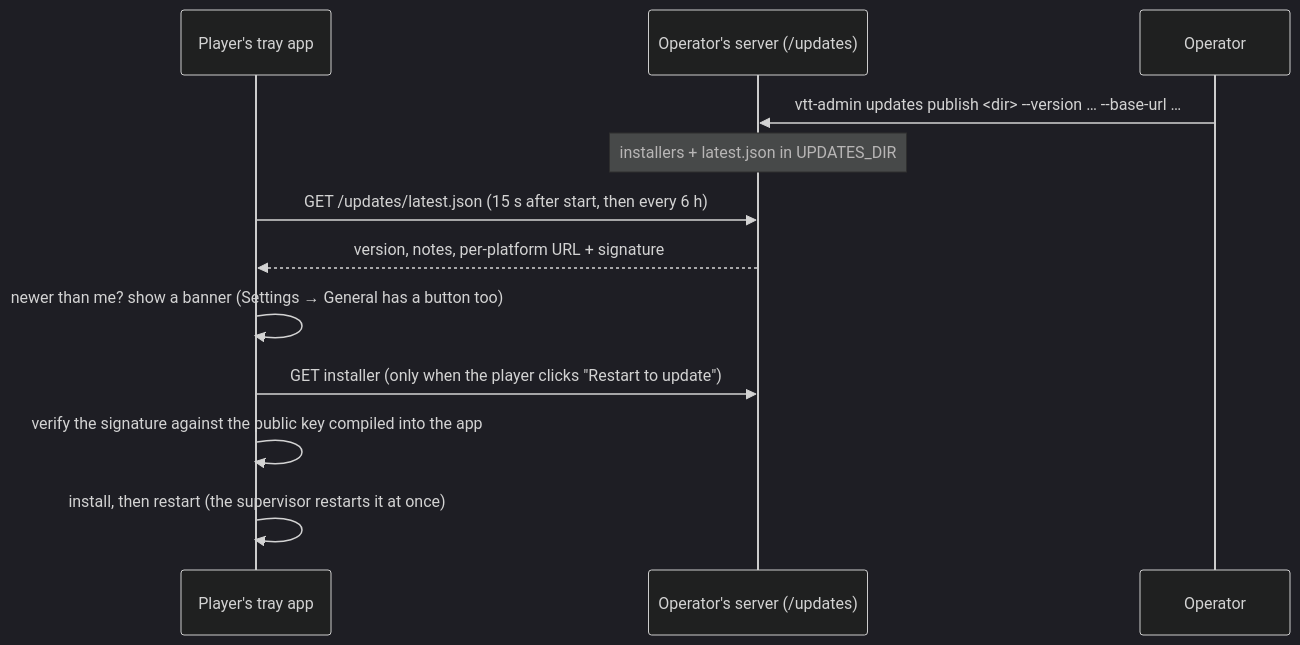
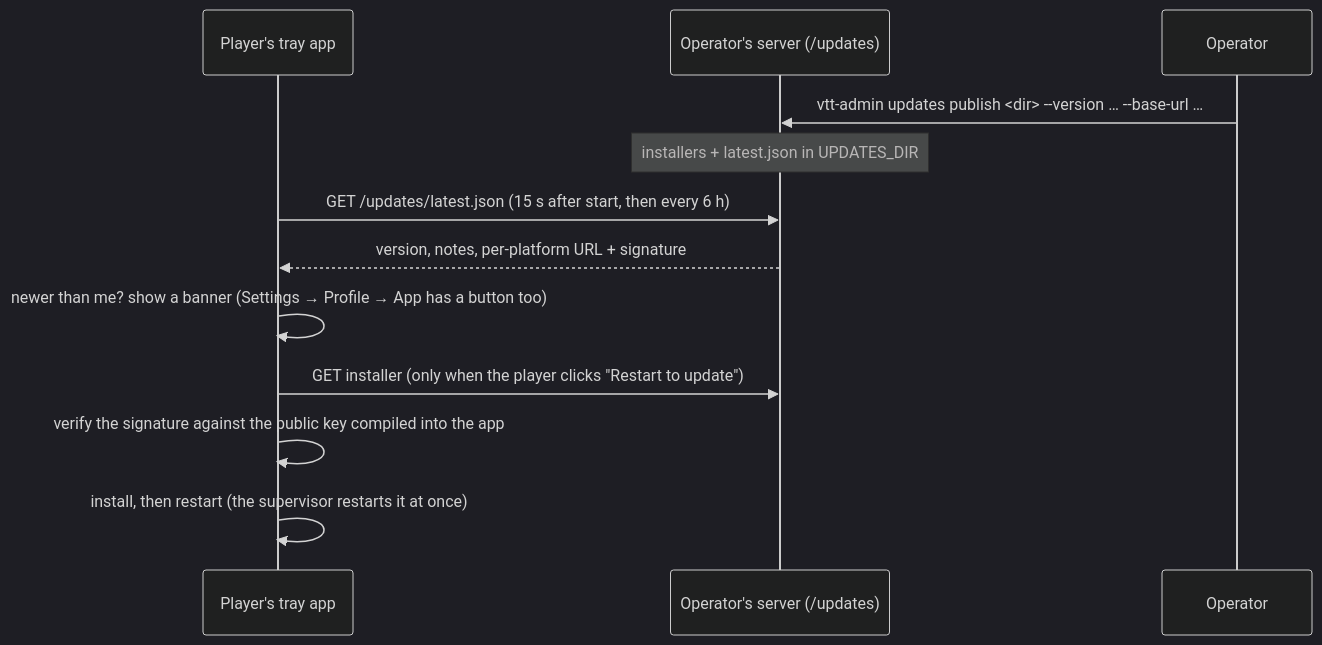
The diagram in docs/architecture/CLIENT-UPDATES.md (AndyProsser/vtt-chat-app), drawn with Mermaid (dark theme) before and after one commit. The commit also changed other lines of this file and 4 other files, not shown here.

Commit message:
docs: Settings paths follow the new tabs (Audio, Notifications, Profile → App)

````diff
--- a/docs/architecture/CLIENT-UPDATES.md
+++ b/docs/architecture/CLIENT-UPDATES.md
@@ -8,14 +8,14 @@
 ```mermaid
 sequenceDiagram
   participant P as Player's tray app
   participant S as Operator's server (/updates)
   participant O as Operator
   O->>S: vtt-admin updates publish <dir> --version … --base-url …
   Note over S: installers + latest.json in UPDATES_DIR
   P->>S: GET /updates/latest.json  (15 s after start, then every 6 h)
   S-->>P: version, notes, per-platform URL + signature
-  P->>P: newer than me? show a banner (Settings → General has a button too)
+  P->>P: newer than me? show a banner (Settings → Profile → App has a button too)
   P->>S: GET installer (only when the player clicks "Restart to update")
   P->>P: verify the signature against the public key compiled into the app
   P->>P: install, then restart (the supervisor restarts it at once)
 ```
````
